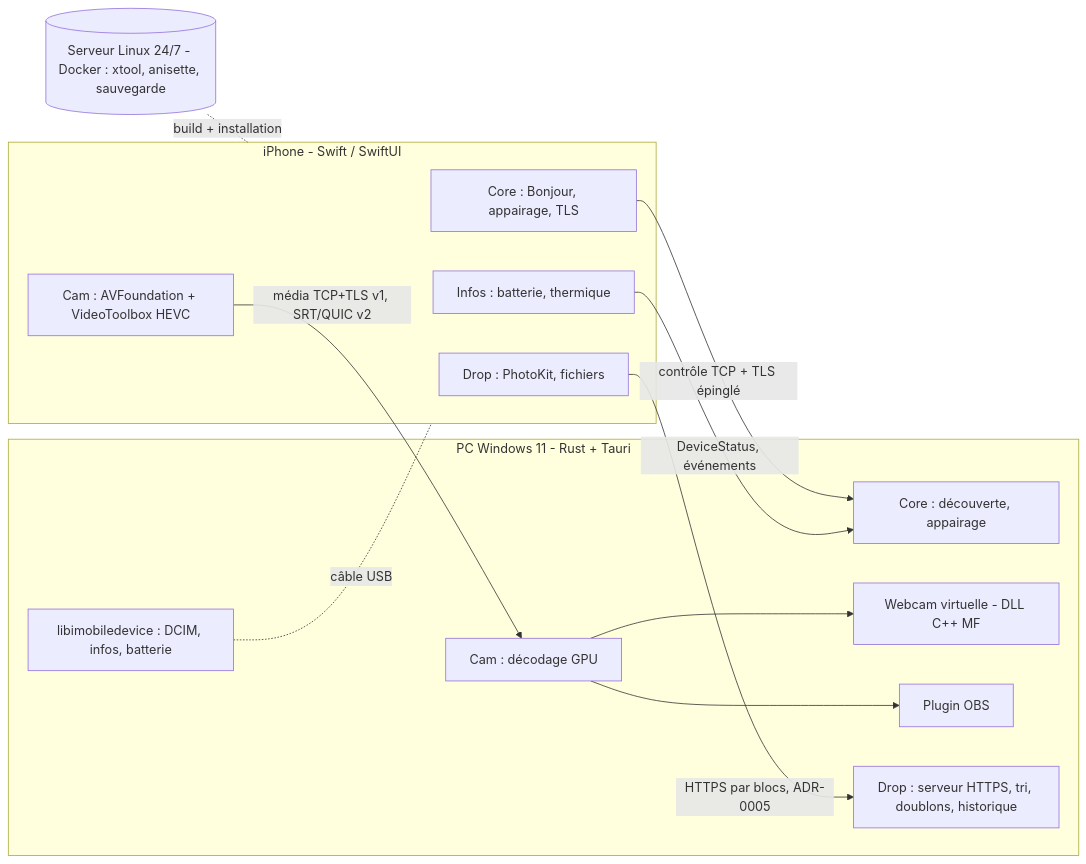
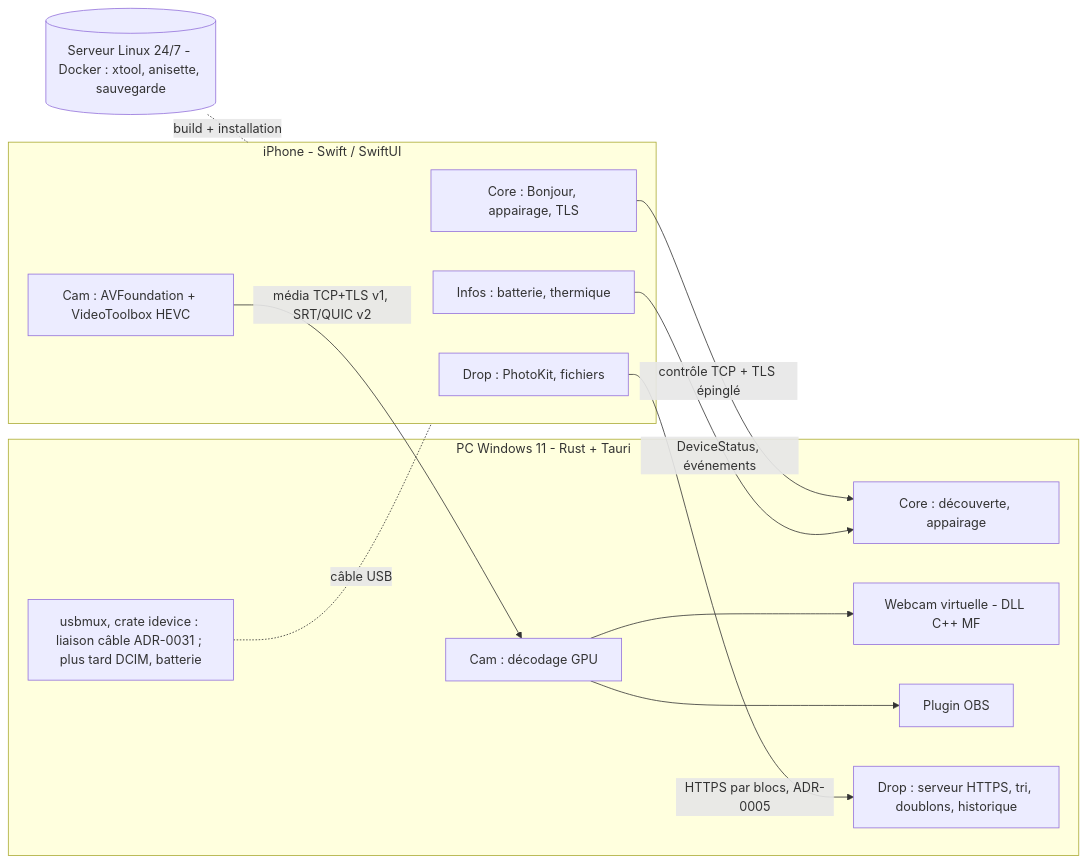
The first of 2 diagrams in docs/ARCHITECTURE.md (1oma1e/Hyphn), drawn with Mermaid before and after one commit. The commit also changed 27 other files, not shown here.

First line of the commit message:
feat(link): USB cable link through usbmux, no QR, priority over Wi-Fi (ADR-0031)

````diff
--- a/docs/ARCHITECTURE.md
+++ b/docs/ARCHITECTURE.md
@@ -8,26 +8,26 @@
 ```mermaid
 flowchart LR
   subgraph IPH[iPhone - Swift / SwiftUI]
     ICore[Core : Bonjour, appairage, TLS]
     ICam[Cam : AVFoundation + VideoToolbox HEVC]
     IDrop[Drop : PhotoKit, fichiers]
     IInfo[Infos : batterie, thermique]
   end
   subgraph PC[PC Windows 11 - Rust + Tauri]
     PCore[Core : découverte, appairage]
     PCam[Cam : décodage GPU]
     VCam[Webcam virtuelle - DLL C++ MF]
     OBS[Plugin OBS]
     PDrop[Drop : serveur HTTPS, tri, doublons, historique]
-    LIMD[libimobiledevice : DCIM, infos, batterie]
+    LIMD[usbmux, crate idevice : liaison câble ADR-0031 ; plus tard DCIM, batterie]
   end
   ICore -- contrôle TCP + TLS épinglé --> PCore
   ICam -- média TCP+TLS v1, SRT/QUIC v2 --> PCam
   PCam --> VCam
   PCam --> OBS
   IDrop -- HTTPS par blocs, ADR-0005 --> PDrop
   IInfo -- DeviceStatus, événements --> PCore
   LIMD -. câble USB .- IPH
   SRV[(Serveur Linux 24/7 - Docker : xtool, anisette, sauvegarde)]
   SRV -. build + installation .- IPH
 ```
````
